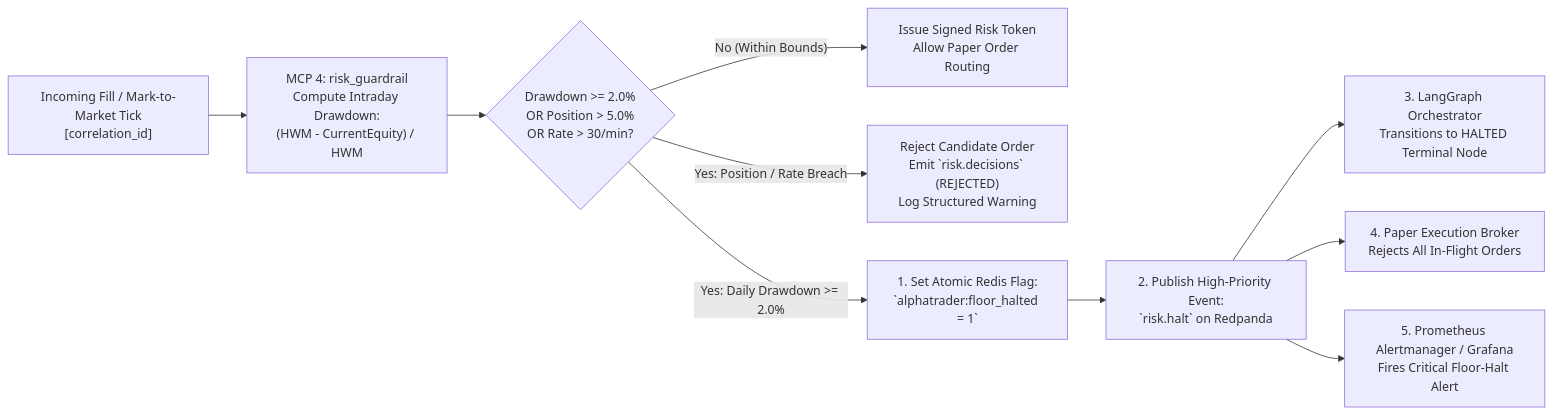
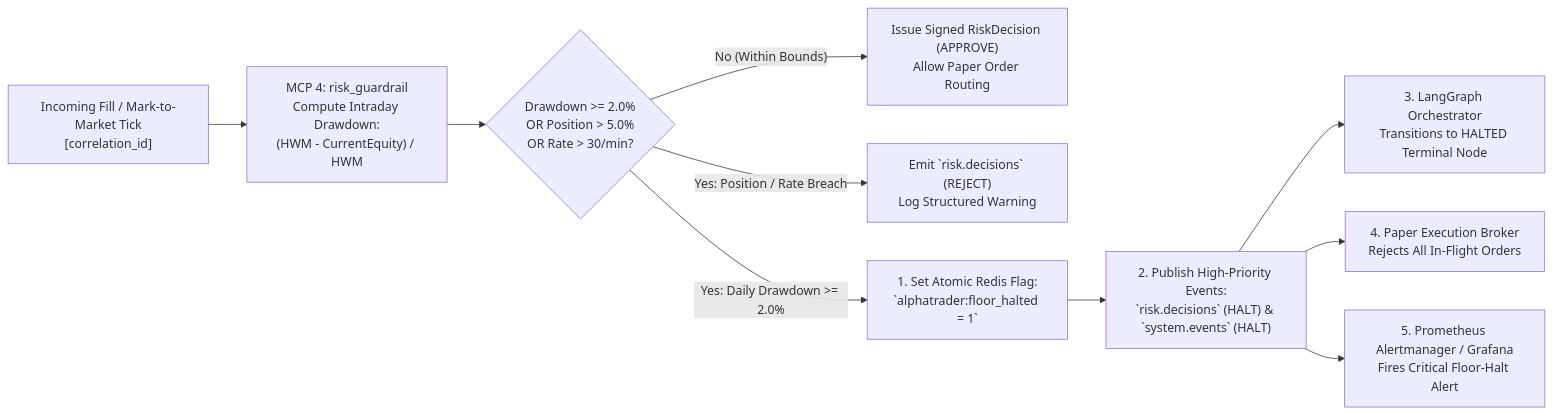
Before and after one commit to ayushkale06/AlphaTrader: the fifth of 5 diagrams in docs/architecture.md, drawn with Mermaid. The commit also changed other lines of this file and 5 other files, not shown here.

Commit message:
docs: add ADR-003, update architecture diagrams, README, ROADMAP, DEV_LOG, and CHANGELOG

````diff
--- a/docs/architecture.md
+++ b/docs/architecture.md
@@ -132,15 +354,15 @@
 ```mermaid
 flowchart LR
     Tick["Incoming Fill / Mark-to-Market Tick\n[correlation_id]"] --> Calc["MCP 4: risk_guardrail\nCompute Intraday Drawdown:\n(HWM - CurrentEquity) / HWM"]
     Calc --> Check{"Drawdown >= 2.0%\nOR Position > 5.0%\nOR Rate > 30/min?"}
 
-    Check -->|"No (Within Bounds)"| Approve["Issue Signed Risk Token\nAllow Paper Order Routing"]
+    Check -->|"No (Within Bounds)"| Approve["Issue Signed RiskDecision (APPROVE)\nAllow Paper Order Routing"]
 
-    Check -->|"Yes: Position / Rate Breach"| Reject["Reject Candidate Order\nEmit `risk.decisions` (REJECTED)\nLog Structured Warning"]
+    Check -->|"Yes: Position / Rate Breach"| Reject["Emit `risk.decisions` (REJECT)\nLog Structured Warning"]
 
     Check -->|"Yes: Daily Drawdown >= 2.0%"| HaltFlag["1. Set Atomic Redis Flag:\n`alphatrader:floor_halted = 1`"]
-    HaltFlag --> HaltEvent["2. Publish High-Priority Event:\n`risk.halt` on Redpanda"]
+    HaltFlag --> HaltEvent["2. Publish High-Priority Events:\n`risk.decisions` (HALT) & `system.events` (HALT)"]
     HaltEvent --> FreezeOrch["3. LangGraph Orchestrator\nTransitions to HALTED Terminal Node"]
     HaltEvent --> BlockBroker["4. Paper Execution Broker\nRejects All In-Flight Orders"]
     HaltEvent --> AlertObs["5. Prometheus Alertmanager / Grafana\nFires Critical Floor-Halt Alert"]
 ```
````
